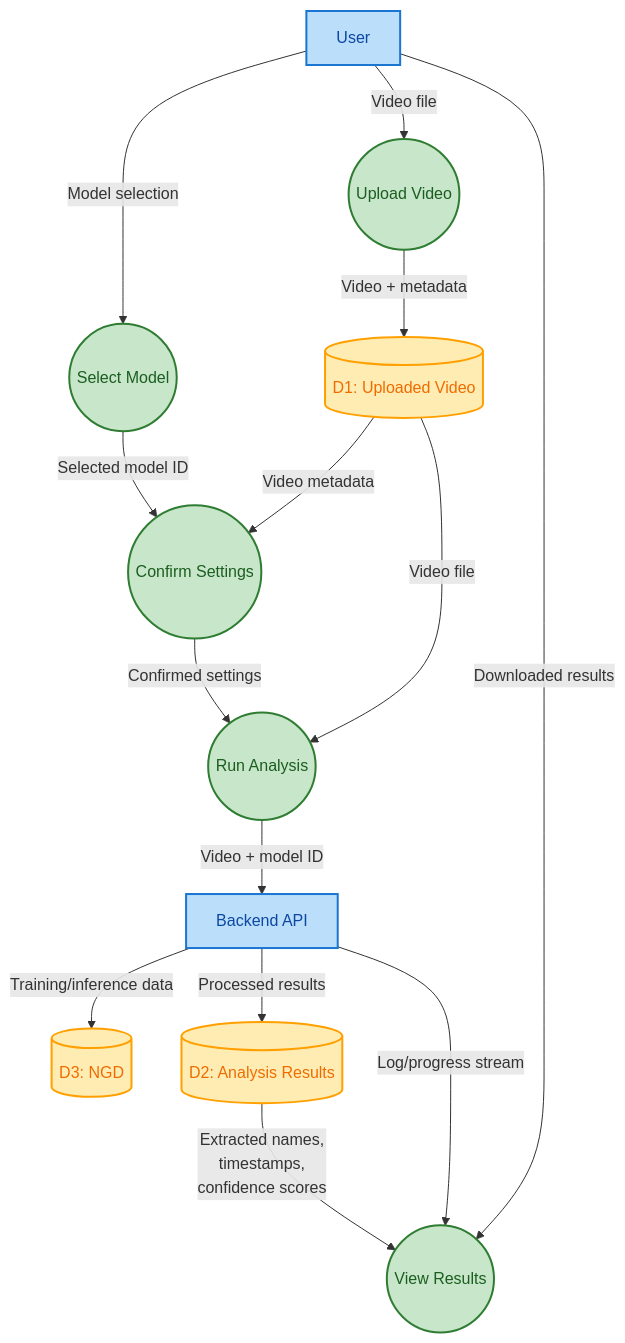
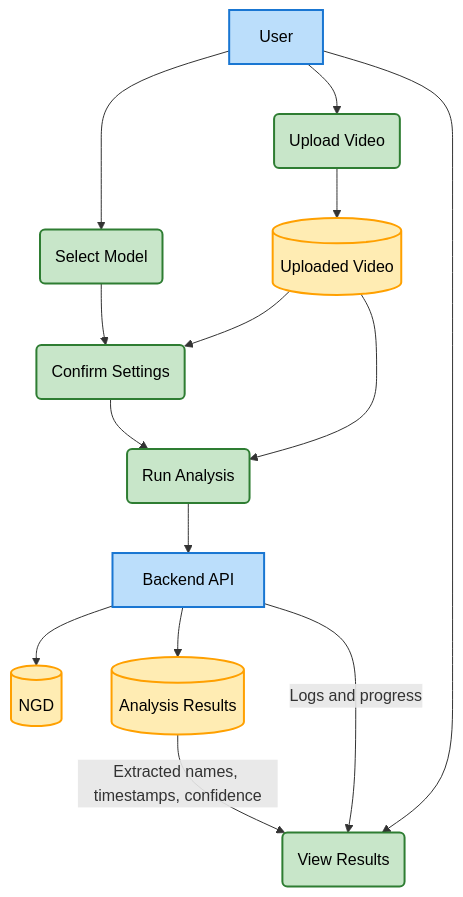
Before and after one commit to AFLucas-UOM/Accurate-Name-Extraction: the diagram in README.md, drawn with Mermaid.

Commit message:
Refactor ANEP architecture diagram for clarity

````diff
--- a/README.md
+++ b/README.md
@@ -58,50 +58,34 @@
 ```mermaid
-%%{init: {
-  "themeVariables": {
-    "fontSize":       "16px",
-    "edgeLabelFontSize": "14px",
-    "edgeLabelColor": "#37474F"
-  }
-}}%%
-
 flowchart TB
-  %% darker text shades on same fills
-  classDef user      fill:#BBDEFB,stroke:#1976D2,stroke-width:2px,color:#0D47A1;
-  classDef process   fill:#C8E6C9,stroke:#2E7D32,stroke-width:2px,color:#1B5E20;
-  classDef datastore fill:#FFECB3,stroke:#FFA000,stroke-width:2px,color:#EF6C00;
+  %% class definitions with forced black text
+  classDef user fill:#BBDEFB,stroke:#1976D2,stroke-width:2px,color:#000;
+  classDef process fill:#C8E6C9,stroke:#2E7D32,stroke-width:2px,color:#000;
+  classDef datastore fill:#FFECB3,stroke:#FFA000,stroke-width:2px,color:#000;
 
   %% nodes
   User[User]:::user
-  SM((Select Model)):::process
-  UV((Upload Video)):::process
-  D1[(D1: Uploaded Video)]:::datastore
-  CS((Confirm Settings)):::process
-  RA((Run Analysis)):::process
+  SM(Select Model):::process
+  UV(Upload Video):::process
+  D1[(Uploaded Video)]:::datastore
+  CS(Confirm Settings):::process
+  RA(Run Analysis):::process
   Backend[Backend API]:::user
-  D3[(D3: NGD)]:::datastore
-  D2[(D2: Analysis Results)]:::datastore
-  VR((View Results)):::process
+  D3[(NGD)]:::datastore
+  D2[(Analysis Results)]:::datastore
+  VR(View Results):::process
 
   %% flows
-  User -->|Model selection| SM
-  User -->|Video file| UV
-
-  UV -->|Video + metadata| D1
-
-  D1 -->|Video metadata| CS
-  SM -->|Selected model ID| CS
-
-  CS -->|Confirmed settings| RA
-  D1 -->|Video file| RA
-
-  RA -->|Video + model ID| Backend
-
-  Backend -->|Training/inference data| D3
-  Backend -->|Processed results| D2
-
-  D2 -->|Extracted names,<br>timestamps,<br>confidence scores| VR
-  Backend -->|Log/progress stream| VR
-
-  User -->|Downloaded results| VR
-
+  User --> SM
+  User --> UV
+  UV --> D1
+  D1 --> CS
+  SM --> CS
+  CS --> RA
+  D1 --> RA
+  RA --> Backend
+  Backend --> D3
+  Backend --> D2
+  D2 -->|Extracted names, timestamps, confidence| VR
+  Backend -->|Logs and progress| VR
+  User --> VR
 ```
````
